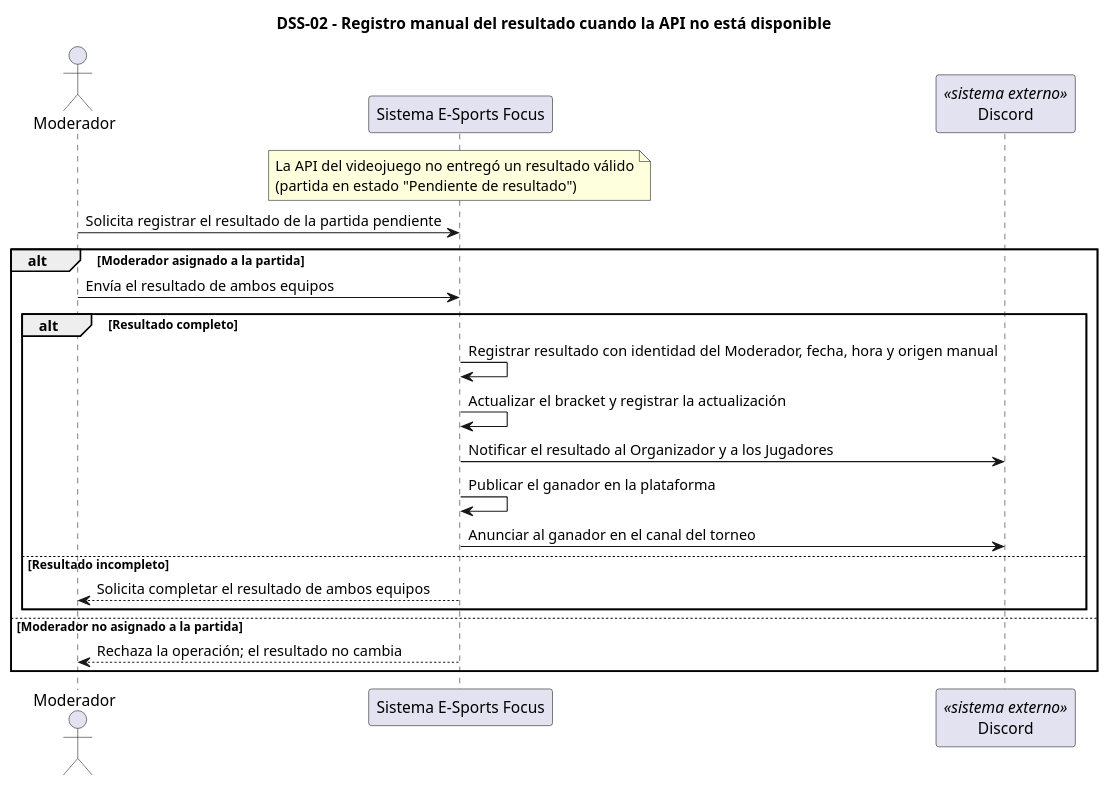
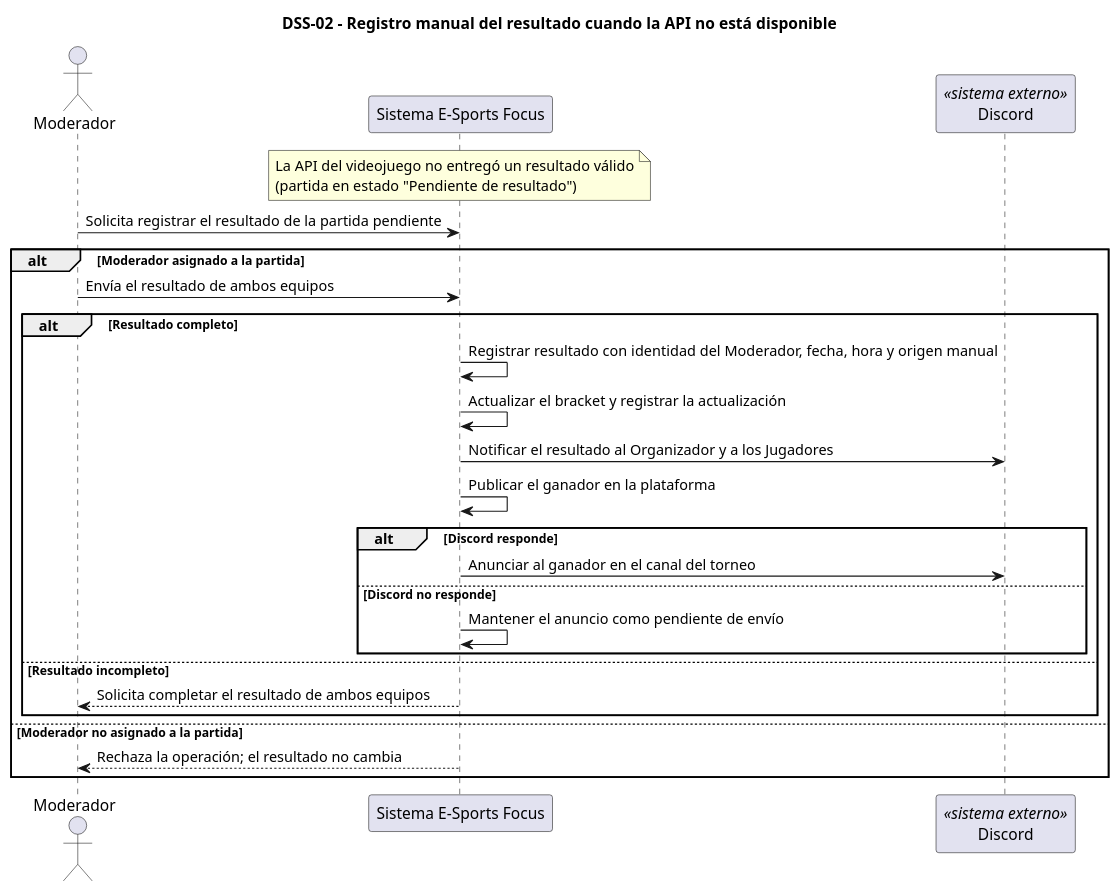
One commit to E-SportsFocus/Organizacion_de_torneos changed the diagram in diagramas/dss-02.puml. Above: the diagram before and after it, drawn with PlantUML. The commit also changed 24 other files, not shown here.

```diff
--- a/diagramas/dss-02.puml
+++ b/diagramas/dss-02.puml
@@ -1,26 +1,30 @@
 @startuml dss-02
 title DSS-02 - Registro manual del resultado cuando la API no está disponible
 
 actor Moderador
 participant "Sistema E-Sports Focus" as S
 participant "Discord" as DC <<sistema externo>>
 
 note over S : La API del videojuego no entregó un resultado válido\n(partida en estado "Pendiente de resultado")
 
 Moderador -> S : Solicita registrar el resultado de la partida pendiente
 
 alt Moderador asignado a la partida
   Moderador -> S : Envía el resultado de ambos equipos
   alt Resultado completo
     S -> S : Registrar resultado con identidad del Moderador, fecha, hora y origen manual
     S -> S : Actualizar el bracket y registrar la actualización
     S -> DC : Notificar el resultado al Organizador y a los Jugadores
     S -> S : Publicar el ganador en la plataforma
-    S -> DC : Anunciar al ganador en el canal del torneo
+    alt Discord responde
+      S -> DC : Anunciar al ganador en el canal del torneo
+    else Discord no responde
+      S -> S : Mantener el anuncio como pendiente de envío
+    end
   else Resultado incompleto
     S --> Moderador : Solicita completar el resultado de ambos equipos
   end
 else Moderador no asignado a la partida
   S --> Moderador : Rechaza la operación; el resultado no cambia
 end
 @enduml
```
